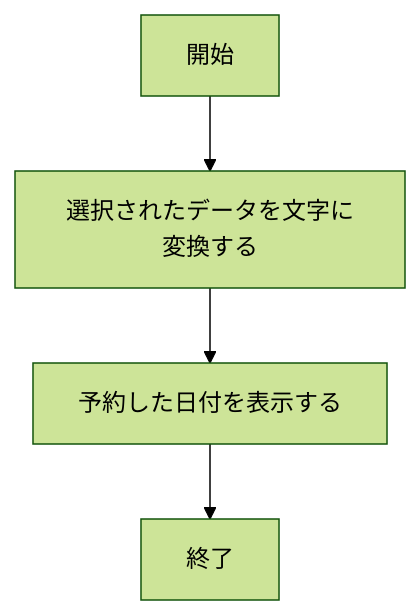
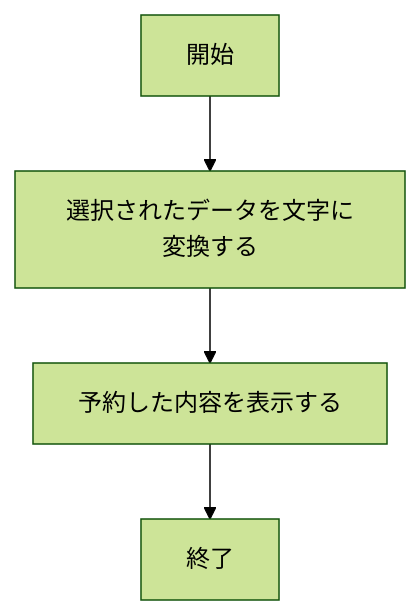
Before and after one commit to ryuki-97/webpro_06: the second of 2 diagrams in README.md, drawn with Mermaid (forest theme). The commit also changed other lines of this file and 3 other files, not shown here.

````diff
--- a/README.md
+++ b/README.md
@@ -55,6 +56,6 @@
 ```mermaid
 flowchart TD;
 開始 --> 選択されたデータを文字に変換する;
-選択されたデータを文字に変換する　--> 予約した日付を表示する;
-予約した日付を表示する　--> 終了;
+選択されたデータを文字に変換する　--> 予約した内容を表示する;
+予約した内容を表示する　--> 終了;
 ```
````
